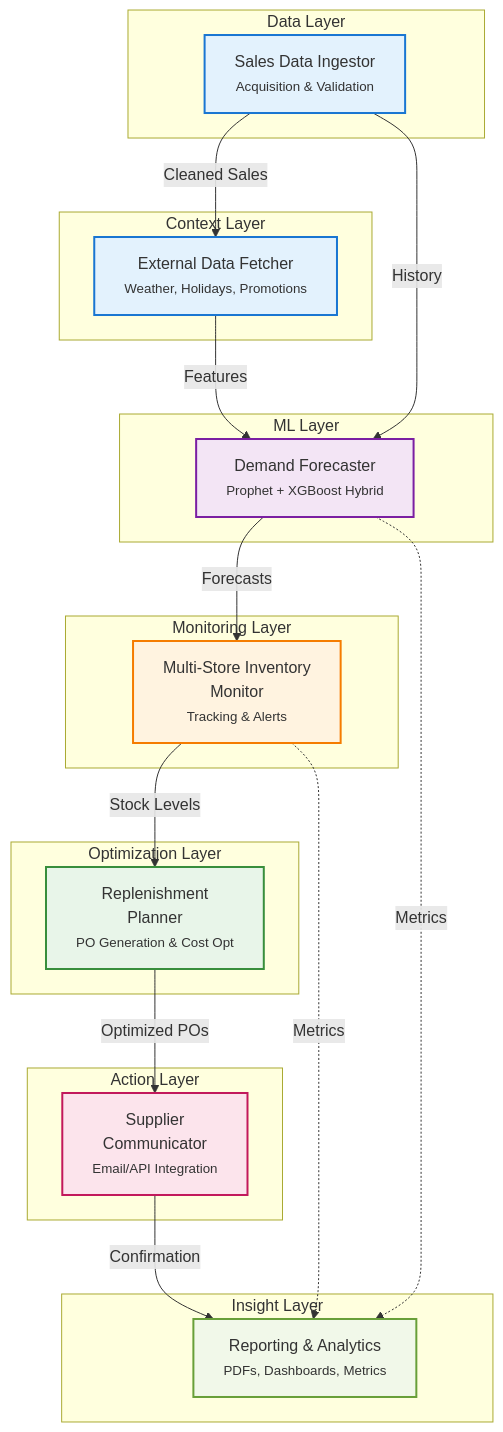
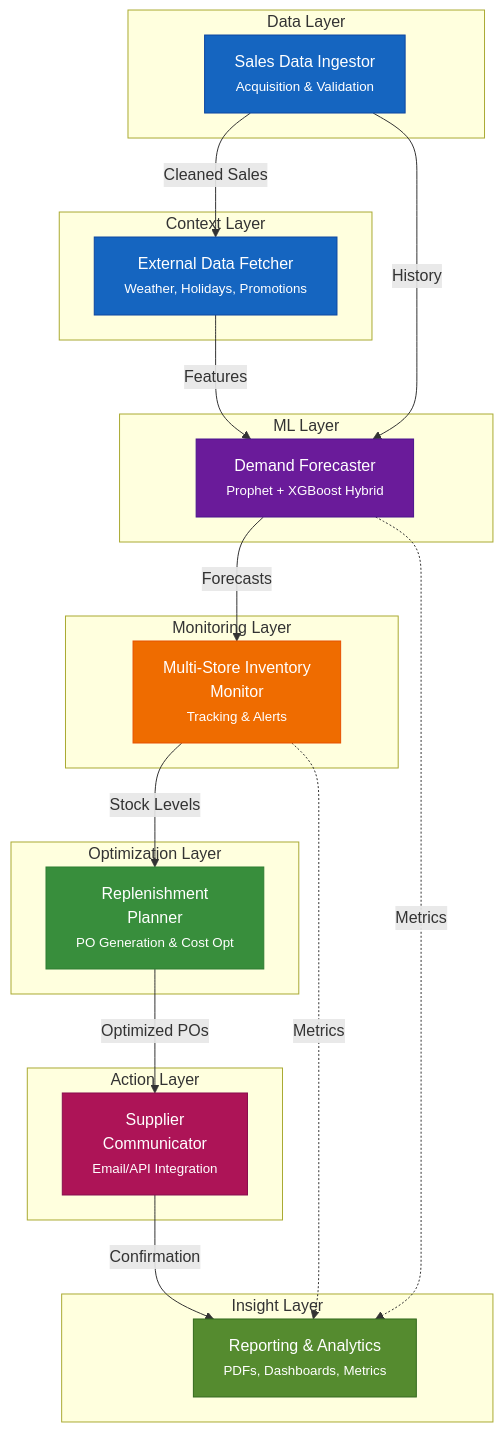
The first of 2 diagrams in README.md (Etherist/retail-demand-forecaster-auto-replenishment-agent), drawn with Mermaid before and after one commit.

Commit message:
Updated README.md with better contrast on Mermaid Diagram

````diff
--- a/README.md
+++ b/README.md
@@ -39,48 +39,48 @@
 ```mermaid
 graph TB
     subgraph "Data Layer"
         A[Sales Data Ingestor<br/><small>Acquisition & Validation</small>]
     end
     
     subgraph "Context Layer"
         B[External Data Fetcher<br/><small>Weather, Holidays, Promotions</small>]
     end
     
     subgraph "ML Layer"
         C[Demand Forecaster<br/><small>Prophet + XGBoost Hybrid</small>]
     end
     
     subgraph "Monitoring Layer"
         D[Multi-Store Inventory<br/>Monitor<br/><small>Tracking & Alerts</small>]
     end
     
     subgraph "Optimization Layer"
         E[Replenishment<br/>Planner<br/><small>PO Generation & Cost Opt</small>]
     end
     
     subgraph "Action Layer"
         F[Supplier<br/>Communicator<br/><small>Email/API Integration</small>]
     end
     
     subgraph "Insight Layer"
         G[Reporting & Analytics<br/><small>PDFs, Dashboards, Metrics</small>]
     end
     
     A -->|Cleaned Sales| B
     B -->|Features| C
     A -->|History| C
     C -->|Forecasts| D
     D -->|Stock Levels| E
     E -->|Optimized POs| F
     F -->|Confirmation| G
     D -.->|Metrics| G
     C -.->|Metrics| G
     
-    style A fill:#e3f2fd,stroke:#1976d2,stroke-width:2px
-    style B fill:#e3f2fd,stroke:#1976d2,stroke-width:2px
-    style C fill:#f3e5f5,stroke:#7b1fa2,stroke-width:2px
-    style D fill:#fff3e0,stroke:#f57c00,stroke-width:2px
-    style E fill:#e8f5e9,stroke:#388e3c,stroke-width:2px
-    style F fill:#fce4ec,stroke:#c2185b,stroke-width:2px
-    style G fill:#f1f8e9,stroke:#689f38,stroke-width:2px
+    style A fill:#1565c0,stroke:#0d47a1,color:#fff
+    style B fill:#1565c0,stroke:#0d47a1,color:#fff
+    style C fill:#6a1b9a,stroke:#4a148c,color:#fff
+    style D fill:#ef6c00,stroke:#e65100,color:#fff
+    style E fill:#388e3c,stroke:#2e7d32,color:#fff
+    style F fill:#ad1457,stroke:#880e4f,color:#fff
+    style G fill:#558b2f,stroke:#33691e,color:#fff
 ```
````
